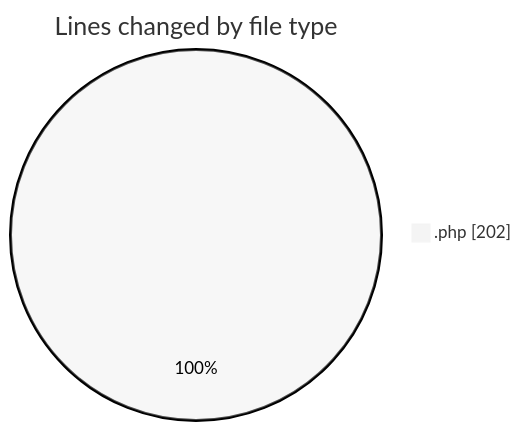
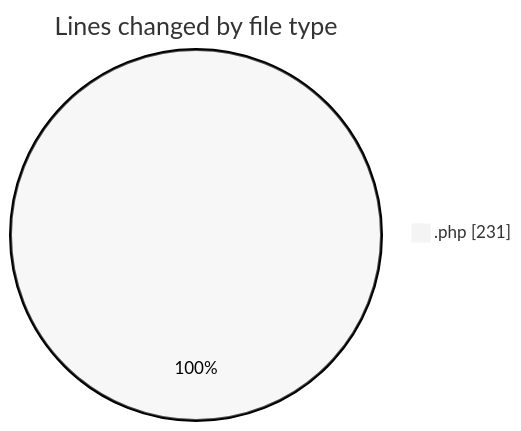
Before and after one commit to LanceThiago/code-tracking: the first of 2 diagrams in 2026-02-06/enviar_facturas/README.md, drawn with Mermaid (neutral theme). The commit also changed other lines of this file and 1 other file, not shown here.

````diff
--- a/2026-02-06/enviar_facturas/README.md
+++ b/2026-02-06/enviar_facturas/README.md
@@ -20,5 +20,5 @@
 ```mermaid
 pie showData
 title Lines changed by file type
-".php" : 202
+".php" : 231
 ```
````
